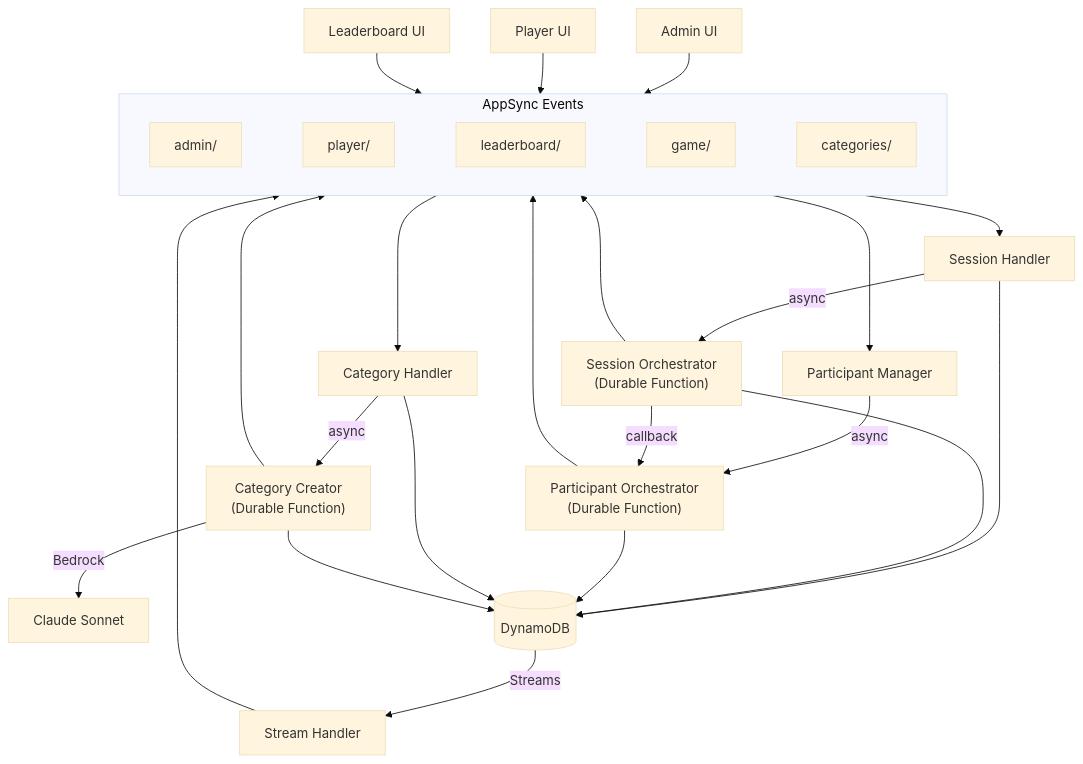
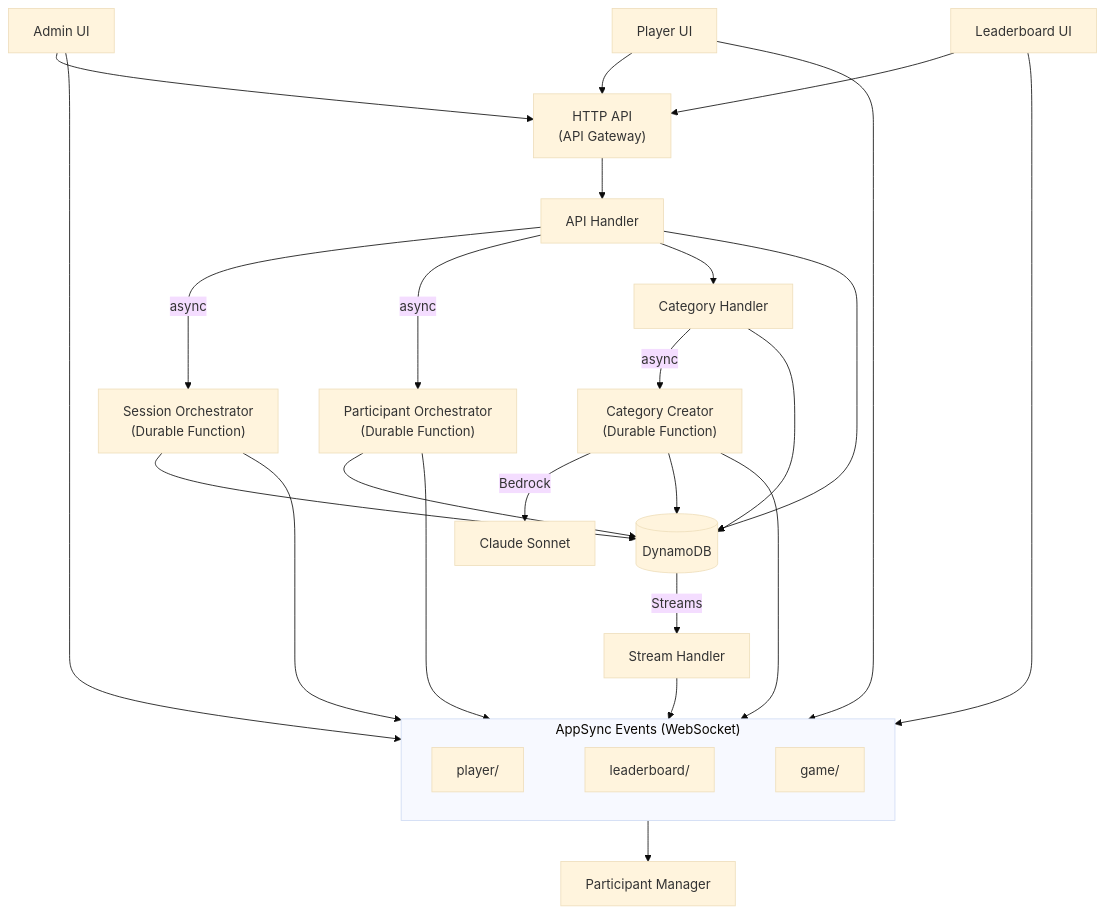
Before and after one commit to singledigit/distributed-trivia: the diagram in README.md, drawn with Mermaid (base theme). The commit also changed other lines of this file and 5 other files, not shown here.

````diff
--- a/README.md
+++ b/README.md
@@ -9,33 +9,35 @@
 ```mermaid
 graph TD
-    Admin["Admin UI"] --> AppSync
-    Player["Player UI"] --> AppSync
-    Leaderboard["Leaderboard UI"] --> AppSync
+    Admin["Admin UI"] --> API["HTTP API<br/>(API Gateway)"]
+    Admin --> AppSync
+    Player["Player UI"] --> API
+    Player --> AppSync
+    Leaderboard["Leaderboard UI"] --> API
+    Leaderboard --> AppSync
 
-    subgraph AppSync["AppSync Events"]
+    subgraph AppSync["AppSync Events (WebSocket)"]
         direction LR
-        ch1["admin/"] ~~~ ch2["player/"] ~~~ ch3["leaderboard/"] ~~~ ch4["game/"] ~~~ ch5["categories/"]
+        ch2["player/"] ~~~ ch3["leaderboard/"] ~~~ ch4["game/"]
     end
 
-    AppSync --> SH["Session Handler"]
+    API --> AH["API Handler"]
     AppSync --> PM["Participant Manager"]
-    AppSync --> CH["Category Handler"]
 
-    SH -->|async| ODF["Session Orchestrator<br/>(Durable Function)"]
+    AH -->|async| ODF["Session Orchestrator<br/>(Durable Function)"]
+    AH -->|async| POD["Participant Orchestrator<br/>(Durable Function)"]
+    AH --> CH["Category Handler"]
     CH -->|async| CC["Category Creator<br/>(Durable Function)"]
-    PM -->|async| POD["Participant Orchestrator<br/>(Durable Function)"]
-    ODF -->|callback| POD
     CC -->|Bedrock| AI["Claude Sonnet"]
 
-    SH --> DDB[("DynamoDB")]
+    AH --> DDB[("DynamoDB")]
     ODF --> DDB
     POD --> DDB
     CH --> DDB
     CC --> DDB
 
     DDB -->|Streams| STR["Stream Handler"]
     STR --> AppSync
     ODF --> AppSync
     POD --> AppSync
     CC --> AppSync
 ```
````
